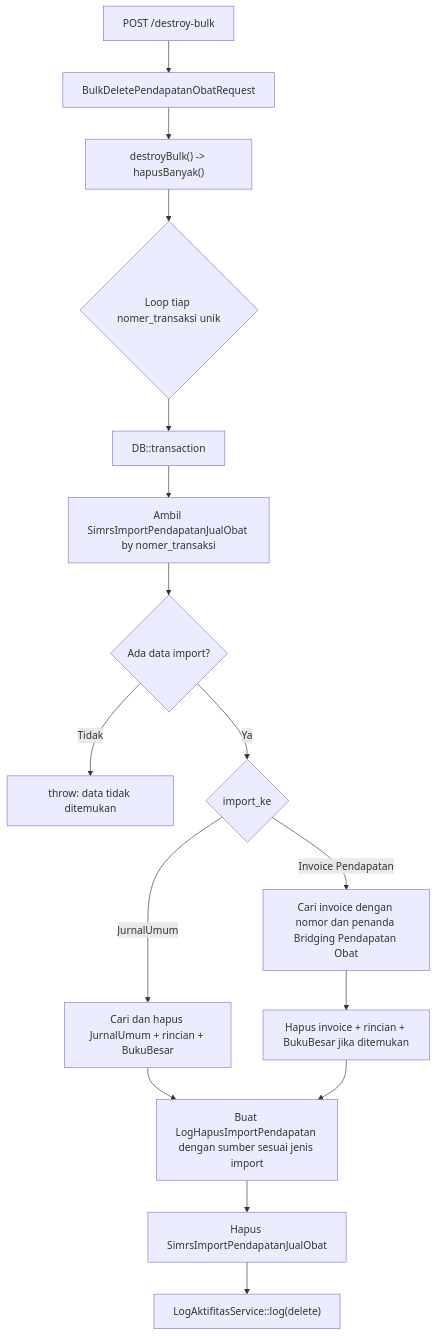
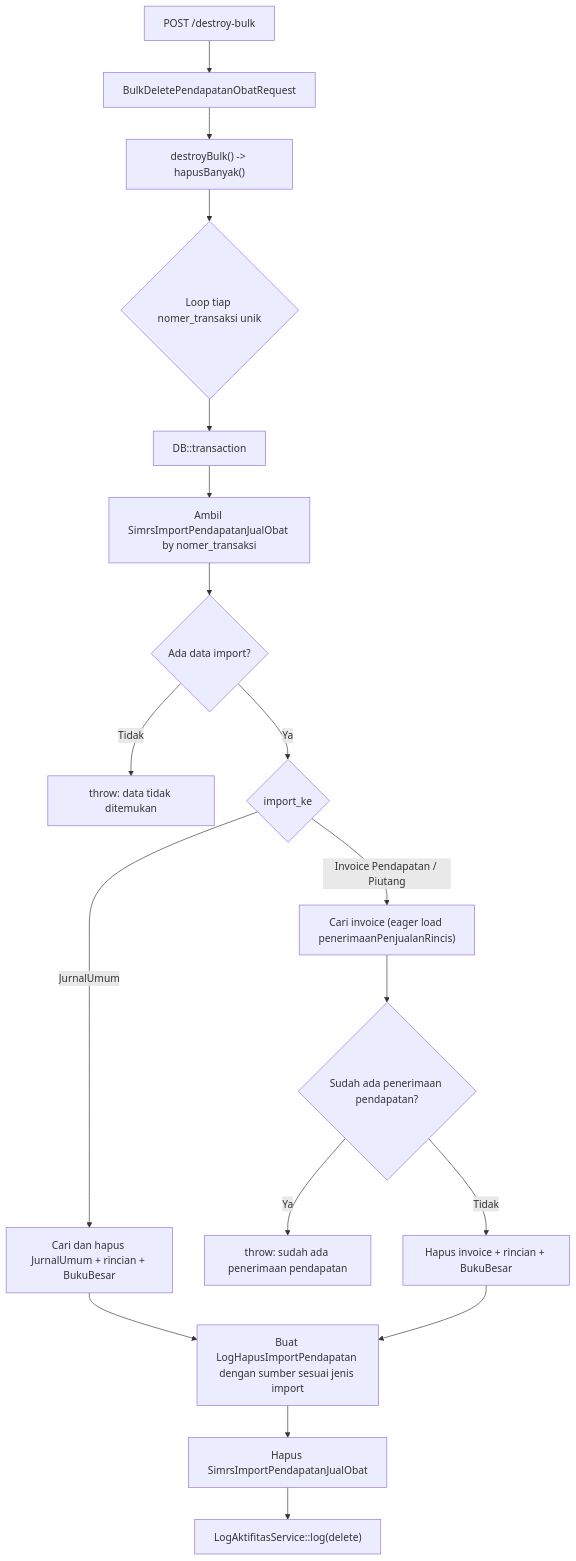
One commit to AltamaSidoarjo/laravel-siakurat-pt-smt changed the third of 4 diagrams in dokumentasi/bridging-pendapatan-obat.md. Above: the diagram before and after it, drawn with Mermaid. The commit also changed other lines of this file and 8 other files, not shown here.

Commit message:
fix(bridging): proteksi hapus invoice pendapatan jika sudah ada penerimaan

````diff
--- a/dokumentasi/bridging-pendapatan-obat.md
+++ b/dokumentasi/bridging-pendapatan-obat.md
@@ -140,18 +140,20 @@
 ```mermaid
 flowchart TD
     A["POST /destroy-bulk"] --> B["BulkDeletePendapatanObatRequest"]
     B --> C["destroyBulk() -> hapusBanyak()"]
     C --> D{"Loop tiap nomer_transaksi unik"}
     D --> E["DB::transaction"]
     E --> F["Ambil SimrsImportPendapatanJualObat by nomer_transaksi"]
     F --> G{"Ada data import?"}
     G -- Tidak --> H["throw: data tidak ditemukan"]
     G -- Ya --> I{"import_ke"}
     I -- JurnalUmum --> J["Cari dan hapus JurnalUmum + rincian + BukuBesar"]
-    I -- Invoice Pendapatan --> K["Cari invoice dengan nomor dan penanda Bridging Pendapatan Obat"]
-    K --> L["Hapus invoice + rincian + BukuBesar jika ditemukan"]
-    J --> M["Buat LogHapusImportPendapatan dengan sumber sesuai jenis import"]
-    L --> M
-    M --> N["Hapus SimrsImportPendapatanJualObat"]
-    N --> O["LogAktifitasService::log(delete)"]
+    I -- Invoice Pendapatan / Piutang --> K["Cari invoice (eager load penerimaanPenjualanRincis)"]
+    K --> L{"Sudah ada penerimaan pendapatan?"}
+    L -- Ya --> M["throw: sudah ada penerimaan pendapatan"]
+    L -- Tidak --> N["Hapus invoice + rincian + BukuBesar"]
+    J --> O["Buat LogHapusImportPendapatan dengan sumber sesuai jenis import"]
+    N --> O
+    O --> P["Hapus SimrsImportPendapatanJualObat"]
+    P --> Q["LogAktifitasService::log(delete)"]
 ```
````
